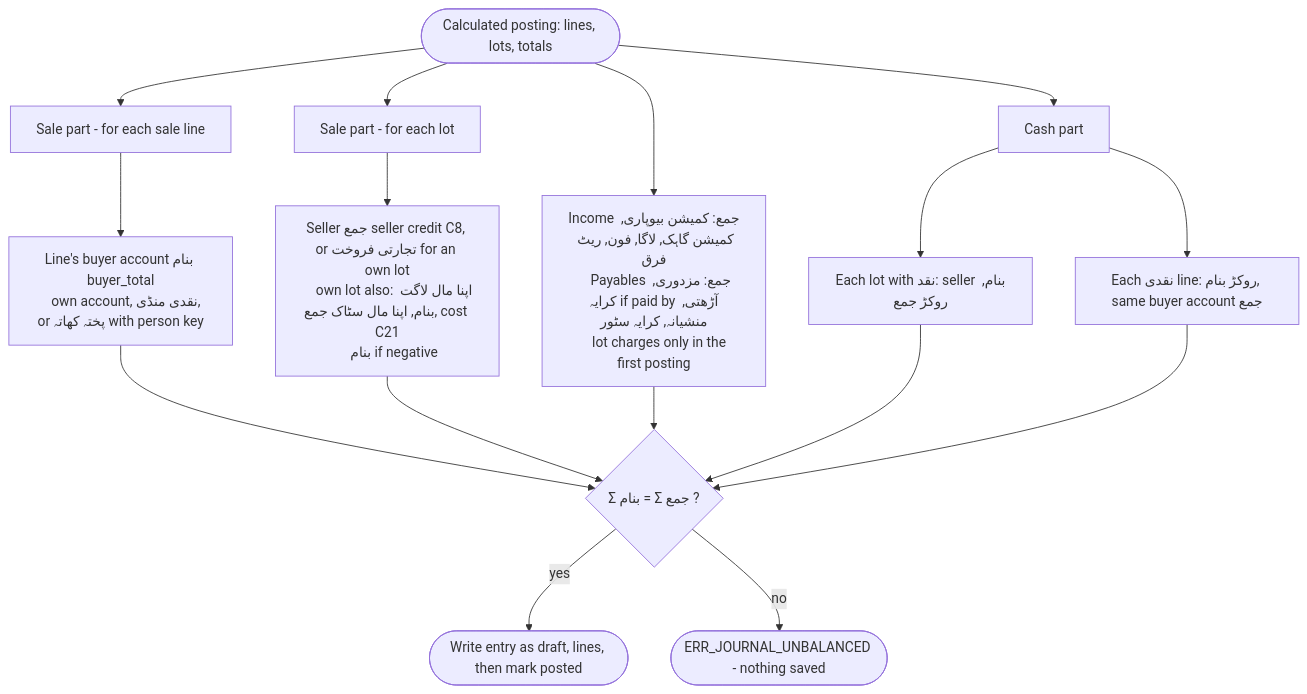
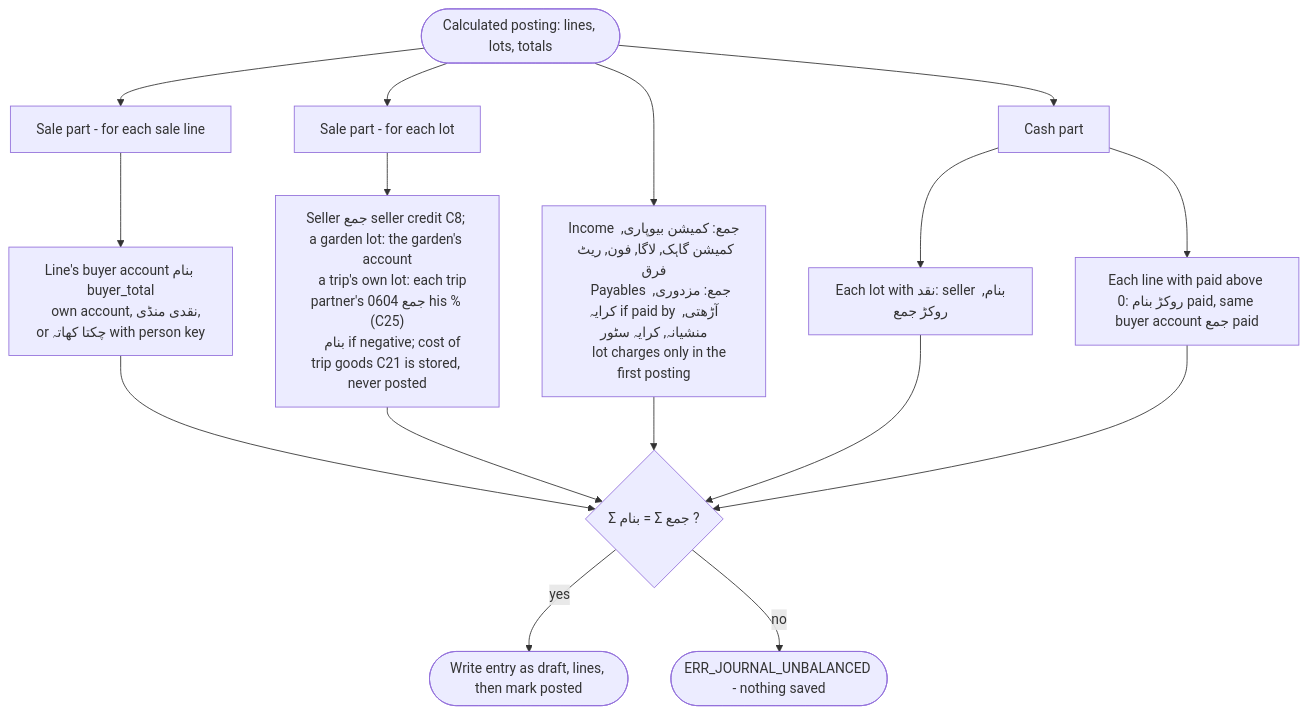
Before and after one commit to FaisalHanif12/Fruits-Mandi-Software: the tenth of 28 diagrams in .claude/rules/Architecture_v1.md, drawn with Mermaid. The commit also changed other lines of this file and 6920 other files, not shown here.

````diff
--- a/.claude/rules/Architecture_v1.md
+++ b/.claude/rules/Architecture_v1.md
@@ -387,19 +410,19 @@
 ```mermaid
 flowchart TD
     IN(["Calculated posting: lines, lots, totals"]) --> L1["Sale part - for each sale line"]
     L1 --> DRB["Line's buyer account بنام buyer_total
-    own account, نقدی منڈی, or پختہ کھاتہ with person key"]
+    own account, نقدی منڈی, or چکتا کھاتہ with person key"]
     IN --> L2["Sale part - for each lot"]
-    L2 --> CRS["Seller جمع seller credit C8, or تجارتی فروخت for an own lot
-    own lot also: اپنا مال لاگت بنام, اپنا مال سٹاک جمع, cost C21
-    بنام if negative"]
+    L2 --> CRS["Seller جمع seller credit C8; a garden lot: the garden's account
+    a trip's own lot: each trip partner's 0604 جمع his % (C25)
+    بنام if negative; cost of trip goods C21 is stored, never posted"]
     IN --> INC["Income جمع: کمیشن بیوپاری, کمیشن گاہک, لاگا, فون, ریٹ فرق
     Payables جمع: مزدوری, کرایہ if paid by آڑھتی, منشیانہ, کرایہ سٹور
     lot charges only in the first posting"]
     IN --> L3["Cash part"]
     L3 --> CSH["Each lot with نقد: seller بنام, روکڑ جمع"]
-    L3 --> CSB["Each نقدی line: روکڑ بنام, same buyer account جمع"]
+    L3 --> CSB["Each line with paid above 0: روکڑ بنام paid, same buyer account جمع paid"]
     DRB & CRS & INC & CSH & CSB --> CHK{"Σ بنام = Σ جمع ?"}
     CHK -- yes --> OK(["Write entry as draft, lines, then mark posted"])
     CHK -- no --> ERR(["ERR_JOURNAL_UNBALANCED - nothing saved"])
 ```
````
